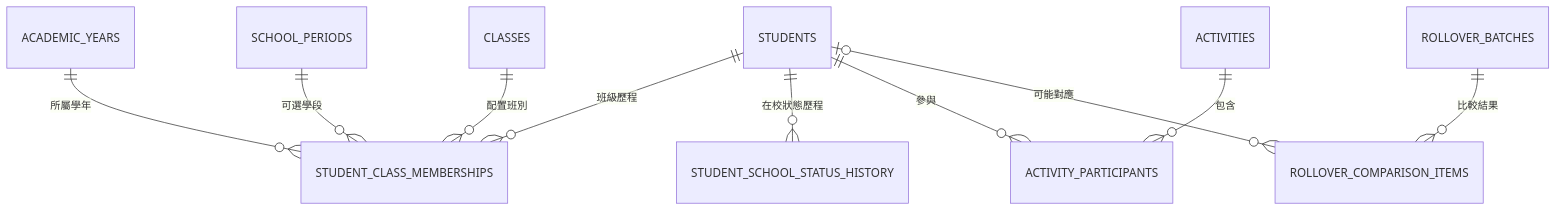
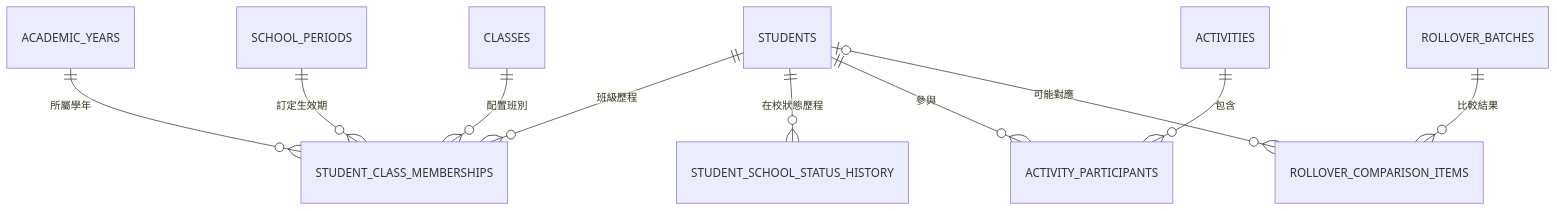
One commit to heison-octopus/testing-port changed diagram 13 of 13 in output/Chinese/核心資料關係.md. Above: the diagram before and after it, drawn with Mermaid. The commit also changed other lines of this file and 200 other files, not shown here.

````diff
--- a/output/Chinese/核心資料關係.md
+++ b/output/Chinese/核心資料關係.md
@@ -707,12 +730,12 @@
 ```mermaid
 erDiagram
     STUDENTS ||--o{ STUDENT_CLASS_MEMBERSHIPS : 班級歷程
     STUDENTS ||--o{ STUDENT_SCHOOL_STATUS_HISTORY : 在校狀態歷程
     ACADEMIC_YEARS ||--o{ STUDENT_CLASS_MEMBERSHIPS : 所屬學年
-    SCHOOL_PERIODS ||--o{ STUDENT_CLASS_MEMBERSHIPS : 可選學段
+    SCHOOL_PERIODS ||--o{ STUDENT_CLASS_MEMBERSHIPS : 訂定生效期
     CLASSES ||--o{ STUDENT_CLASS_MEMBERSHIPS : 配置班別
     STUDENTS ||--o{ ACTIVITY_PARTICIPANTS : 參與
     ACTIVITIES ||--o{ ACTIVITY_PARTICIPANTS : 包含
     ROLLOVER_BATCHES ||--o{ ROLLOVER_COMPARISON_ITEMS : 比較結果
     STUDENTS o|--o{ ROLLOVER_COMPARISON_ITEMS : 可能對應
 ```
````
